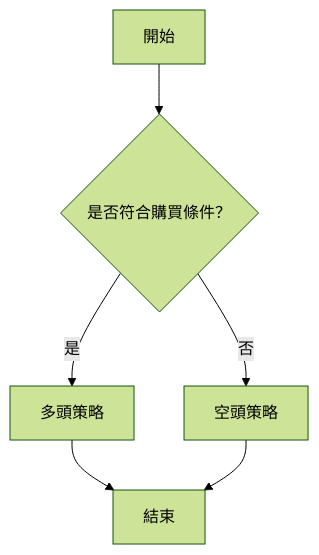
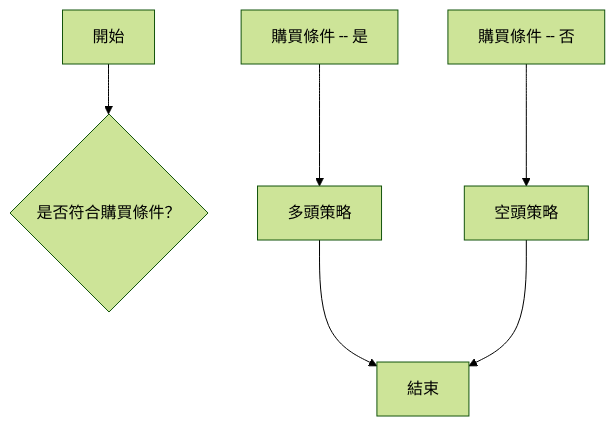
One commit to yennanliu/finance_data changed the tenth of 11 diagrams in ai_gen_report/stock/goog/technical_analysis_2026-03-28_openai.md. Above: the diagram before and after it, drawn with Mermaid (forest theme). The commit also changed other lines of this file and 2258 other files, not shown here.

First line of the commit message:
chore: backfill Mermaid syntax repair across existing reports

````diff
--- a/ai_gen_report/stock/goog/technical_analysis_2026-03-28_openai.md
+++ b/ai_gen_report/stock/goog/technical_analysis_2026-03-28_openai.md
@@ -322,8 +322,8 @@
 ```mermaid
 graph TD
     開始 --> 購買條件{"是否符合購買條件？"}
-    購買條件 -- 是 --> 多頭策略
-    購買條件 -- 否 --> 空頭策略
+    nb1["購買條件 -- 是"] --> 多頭策略
+    nb2["購買條件 -- 否"] --> 空頭策略
     多頭策略 --> 結束
     空頭策略 --> 結束
 ```
````
